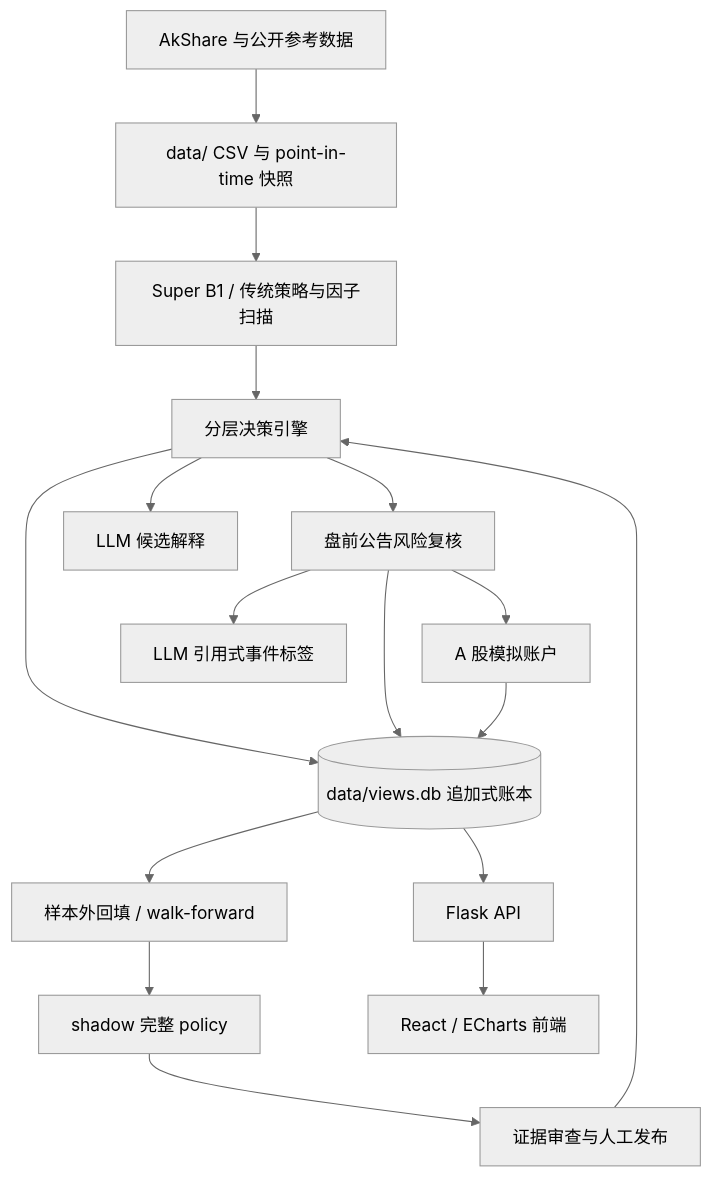
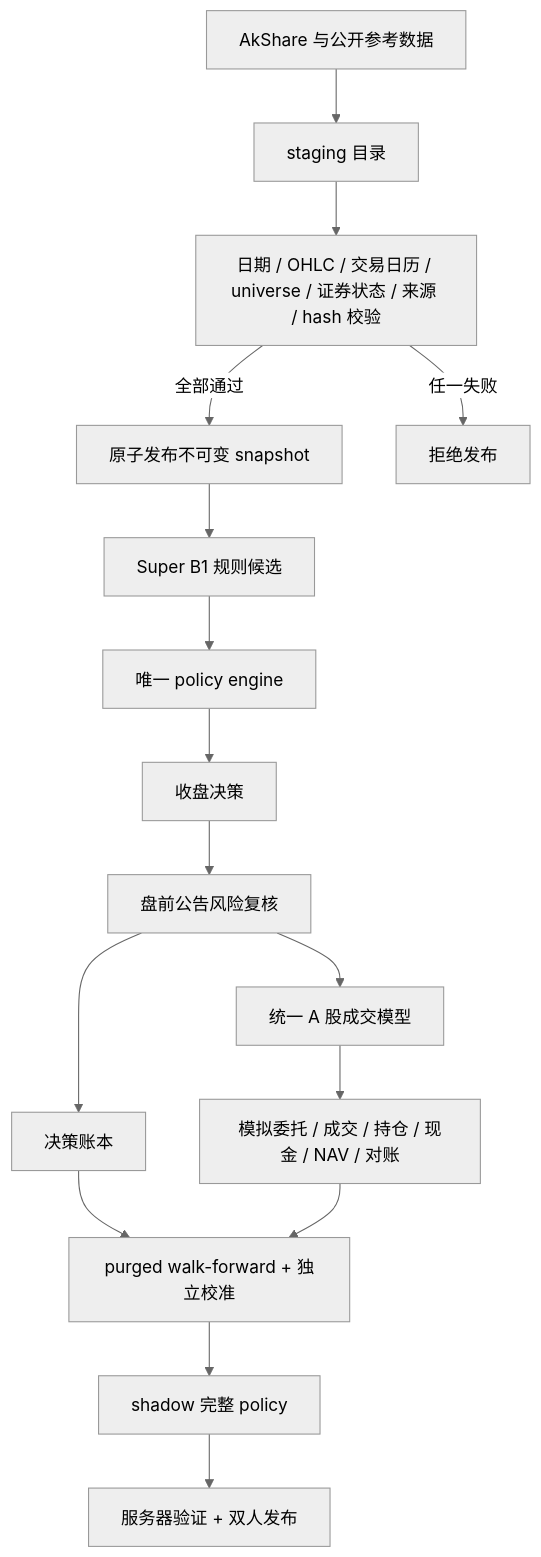
Before and after one commit to garyzheng0714-lang/a-share-quant-selector: the diagram in docs/architecture.md, drawn with Mermaid (neutral theme). The commit also changed other lines of this file and 175 other files, not shown here.

````diff
--- a/docs/architecture.md
+++ b/docs/architecture.md
@@ -7,19 +7,18 @@
 ```mermaid
 flowchart TD
-    S["AkShare 与公开参考数据"] --> C["data/ CSV 与 point-in-time 快照"]
-    C --> B["Super B1 / 传统策略与因子扫描"]
-    B --> H["分层决策引擎"]
-    H --> E["盘前公告风险复核"]
-    H --> L[("data/views.db 追加式账本")]
-    E --> L
-    E --> P["A 股模拟账户"]
-    P --> L
-    L --> W["样本外回填 / walk-forward"]
-    W --> R["shadow 完整 policy"]
-    R --> Q["证据审查与人工发布"]
-    Q --> H
-    L --> A["Flask API"]
-    A --> F["React / ECharts 前端"]
-    H --> X["LLM 候选解释"]
-    E --> Y["LLM 引用式事件标签"]
+    E["AkShare 与公开参考数据"] --> S["staging 目录"]
+    S --> V["日期 / OHLC / 交易日历 / universe / 证券状态 / 来源 / hash 校验"]
+    V -->|"全部通过"| P["原子发布不可变 snapshot"]
+    V -->|"任一失败"| X["拒绝发布"]
+    P --> B["Super B1 规则候选"]
+    B --> H["唯一 policy engine"]
+    H --> C["收盘决策"]
+    C --> R["盘前公告风险复核"]
+    R --> L["决策账本"]
+    R --> T["统一 A 股成交模型"]
+    T --> Q["模拟委托 / 成交 / 持仓 / 现金 / NAV / 对账"]
+    L --> O["purged walk-forward + 独立校准"]
+    Q --> O
+    O --> G["shadow 完整 policy"]
+    G --> A["服务器验证 + 双人发布"]
 ```
````
